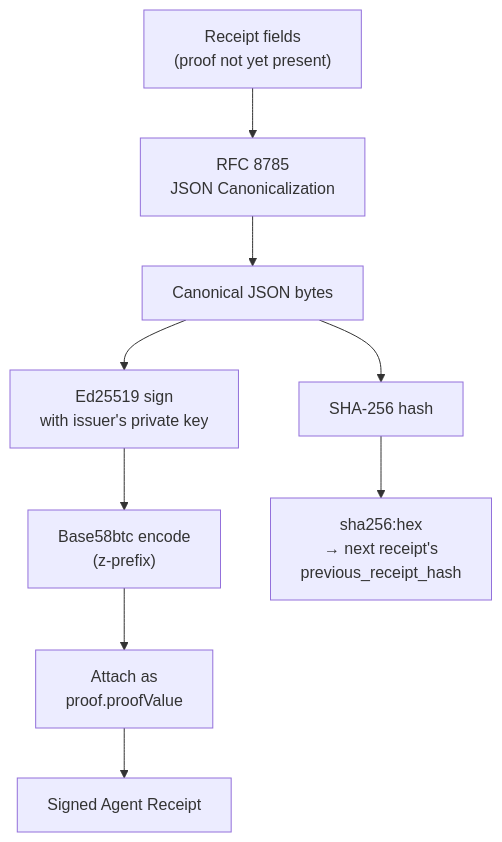
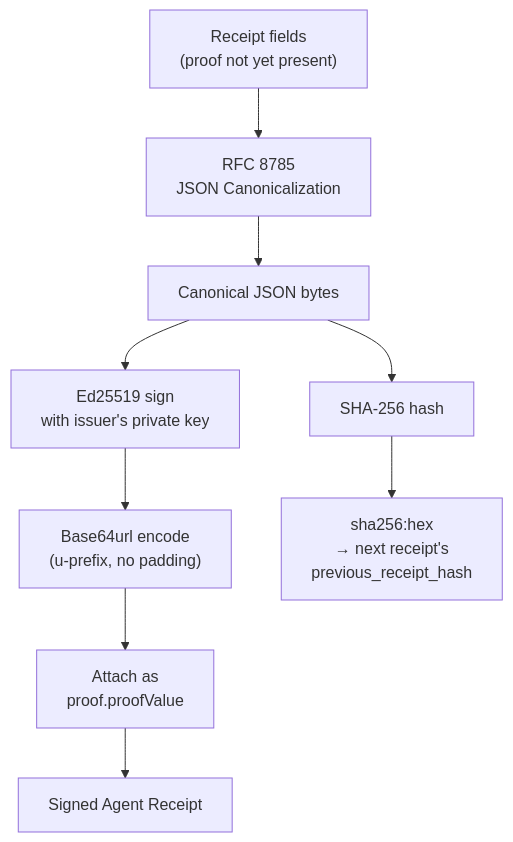
One commit to agent-receipts/ar changed the second of 3 diagrams in spec/spec/diagrams/chain-linking.md. Above: the diagram before and after it, drawn with Mermaid. The commit also changed 11 other files, not shown here.

First line of the commit message:
fix(spec): align proofValue encoding to base64url throughout

````diff
--- a/spec/spec/diagrams/chain-linking.md
+++ b/spec/spec/diagrams/chain-linking.md
@@ -27,12 +27,12 @@
 ```mermaid
 flowchart TD
   A["Receipt fields\n(proof not yet present)"] --> C["RFC 8785\nJSON Canonicalization"]
   C --> D["Canonical JSON bytes"]
   D --> E["Ed25519 sign\nwith issuer's private key"]
-  E --> F["Base58btc encode\n(z-prefix)"]
+  E --> F["Base64url encode\n(u-prefix, no padding)"]
   F --> G["Attach as\nproof.proofValue"]
   G --> H["Signed Agent Receipt"]
 
   D --> I["SHA-256 hash"]
   I --> J["sha256:hex\n→ next receipt's\nprevious_receipt_hash"]
 ```
````
